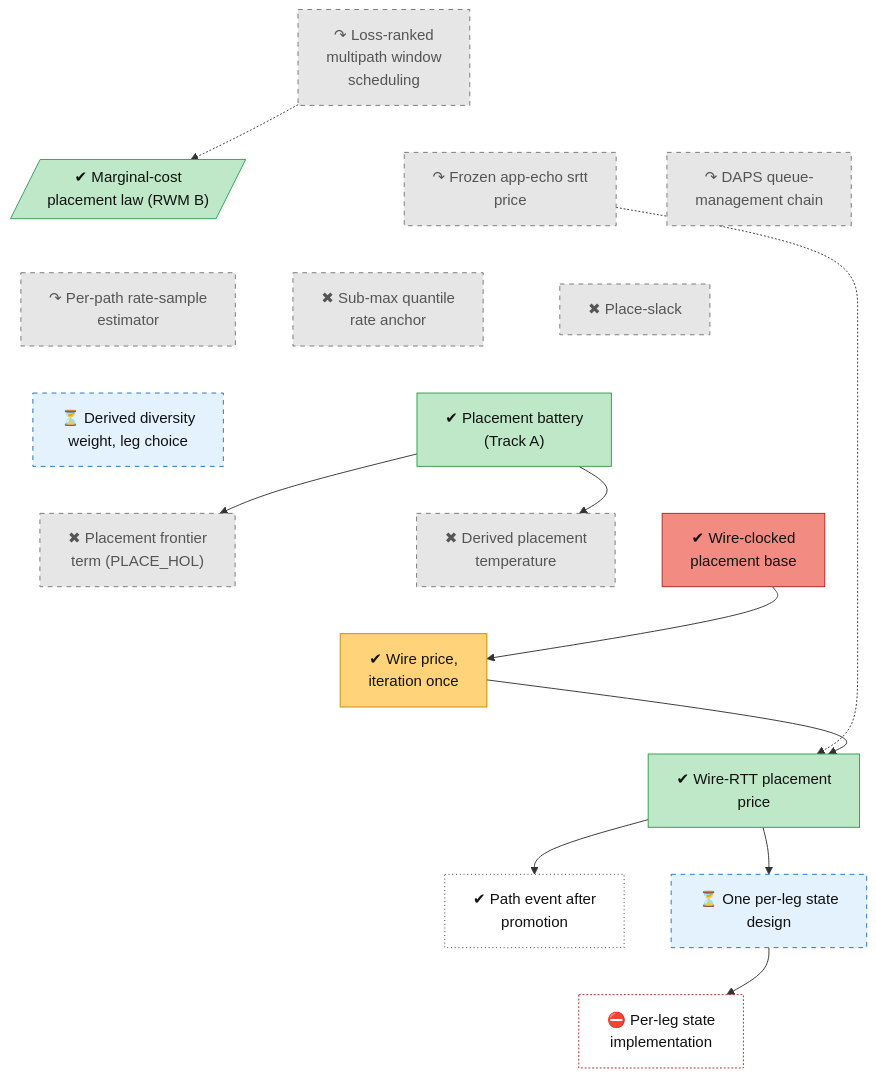
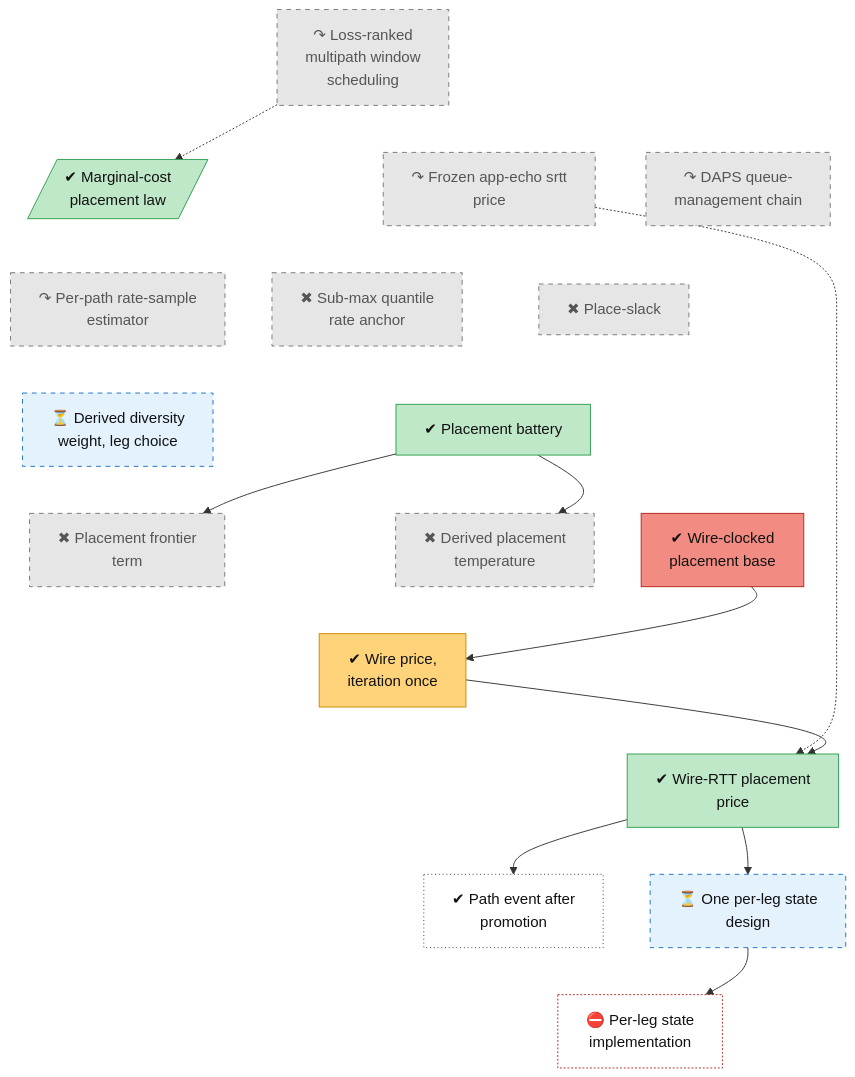
The diagram in docs/roadmap/tracks/place.md (lhns/raptorpath), drawn with Mermaid before and after one commit. The commit also changed other lines of this file and 13 other files, not shown here.

First line of the commit message:
roadmap: titles without internal codes - no ADR numbers, arm and gate names, test-cell names, plan, lever or phase letters; a removed code with no other record is kept in notes

````diff
--- a/docs/roadmap/tracks/place.md
+++ b/docs/roadmap/tracks/place.md
@@ -10,69 +10,69 @@
 ```mermaid
 flowchart TB
     place_early_window_sched["↷ Loss-ranked<br/>multipath window<br/>scheduling"]
-    place_marginal_cost[/"✔ Marginal-cost<br/>placement law (RWM B)"/]
+    place_marginal_cost[/"✔ Marginal-cost<br/>placement law"/]
     place_frozen_echo["↷ Frozen app-echo srtt<br/>price"]
     place_daps["↷ DAPS queue-<br/>management chain"]
     place_rate_sample["↷ Per-path rate-sample<br/>estimator"]
     place_submax_anchor["✖ Sub-max quantile<br/>rate anchor"]
     place_slack["✖ Place-slack"]
     place_wdiv["⏳ Derived diversity<br/>weight, leg choice"]
-    place_stage2_battery["✔ Placement battery<br/>(Track A)"]
-    place_hol["✖ Placement frontier<br/>term (PLACE_HOL)"]
+    place_stage2_battery["✔ Placement battery"]
+    place_hol["✖ Placement frontier<br/>term"]
     place_t_derived["✖ Derived placement<br/>temperature"]
     place_s38_wire["✔ Wire-clocked<br/>placement base"]
     place_s41_iteration["✔ Wire price,<br/>iteration once"]
     place_wire_price["✔ Wire-RTT placement<br/>price"]
     place_path_event["✔ Path event after<br/>promotion"]
     place_per_leg_state["⏳ One per-leg state<br/>design"]
     place_per_leg_impl["⛔ Per-leg state<br/>implementation"]
     place_early_window_sched ~~~ place_marginal_cost
     place_early_window_sched ~~~ place_frozen_echo
     place_early_window_sched ~~~ place_daps
     place_marginal_cost ~~~ place_rate_sample
     place_frozen_echo ~~~ place_submax_anchor
     place_daps ~~~ place_slack
     place_rate_sample ~~~ place_wdiv
     place_submax_anchor ~~~ place_stage2_battery
     place_slack ~~~ place_stage2_battery
     place_wdiv ~~~ place_hol
     place_stage2_battery ~~~ place_t_derived
     place_stage2_battery ~~~ place_s38_wire
     place_hol ~~~ place_s41_iteration
     place_t_derived ~~~ place_s41_iteration
     place_s38_wire ~~~ place_s41_iteration
     place_s41_iteration ~~~ place_wire_price
     place_wire_price ~~~ place_path_event
     place_wire_price ~~~ place_per_leg_state
     place_path_event ~~~ place_per_leg_impl
     place_per_leg_state ~~~ place_per_leg_impl
     place_early_window_sched -.-> place_marginal_cost
     place_frozen_echo -.-> place_wire_price
     place_stage2_battery --> place_hol
     place_stage2_battery --> place_t_derived
     place_s38_wire --> place_s41_iteration
     place_s41_iteration --> place_wire_price
     place_wire_price --> place_path_event
     place_wire_price --> place_per_leg_state
     place_per_leg_state --> place_per_leg_impl
     classDef vsucc fill:#2e9e4f,stroke:#1b6b34,color:#fff
     classDef succ fill:#bfe8c8,stroke:#2e9e4f,color:#111
     classDef mixed fill:#ffd37a,stroke:#c98a00,color:#111
     classDef bad fill:#f28b82,stroke:#b3261e,color:#111
     classDef dead fill:#e6e6e6,stroke:#777,stroke-dasharray:5 5,color:#555
     classDef inprog fill:#a8cdf5,stroke:#1f6fc5,color:#111
     classDef next fill:#fff,stroke:#333,color:#111
     classDef blocked fill:#fff,stroke:#b3261e,stroke-dasharray:2 2,color:#111
     classDef parked fill:#f3f3f3,stroke:#999,color:#555
     classDef unrated fill:#fff,stroke:#333,stroke-dasharray:1 3,color:#111
     classDef userdec fill:#d9c2f0,stroke:#7b3fb5,color:#111
     classDef defect fill:#ffe0b2,stroke:#d84315,stroke-width:2px,color:#111
     classDef waiting fill:#e3f2fd,stroke:#1f6fc5,stroke-dasharray:5 5,color:#111
     class place_early_window_sched,place_frozen_echo,place_daps,place_rate_sample,place_submax_anchor,place_slack,place_hol,place_t_derived dead
     class place_marginal_cost,place_stage2_battery,place_wire_price succ
     class place_wdiv,place_per_leg_state waiting
     class place_s38_wire bad
     class place_s41_iteration mixed
     class place_path_event unrated
     class place_per_leg_impl blocked
 ```
````
